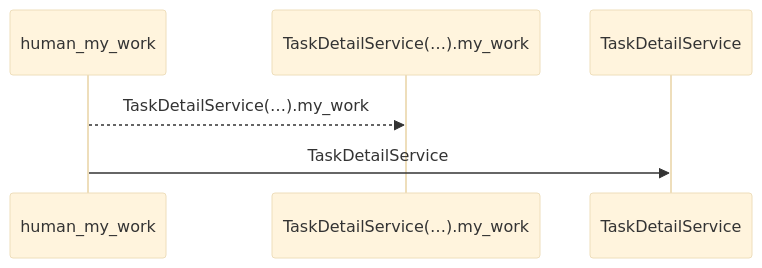
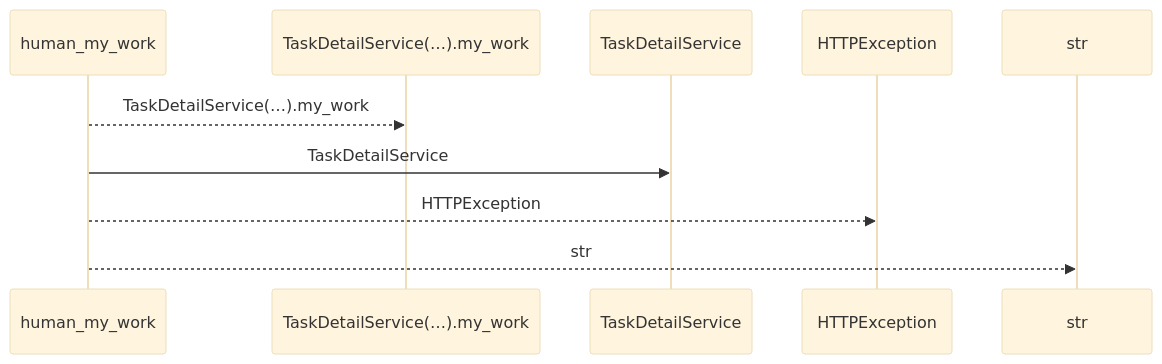
The first of 2 diagrams in docs/llm_wiki/flows/http-human_my_work.md (Denissvgn/WorkChord), drawn with Mermaid (base theme) before and after one commit. The commit also changed other lines of this file and 6624 other files, not shown here.

````diff
--- a/docs/llm_wiki/flows/http-human_my_work.md
+++ b/docs/llm_wiki/flows/http-human_my_work.md
@@ -10,8 +10,12 @@
 ```mermaid
 sequenceDiagram
     participant p0 as human_my_work
     participant p1 as TaskDetailService(…).my_work
     participant p2 as TaskDetailService
+    participant p3 as HTTPException
+    participant p4 as str
     p0-->>p1: TaskDetailService(…).my_work
     p0->>p2: TaskDetailService
+    p0-->>p3: HTTPException
+    p0-->>p4: str
 ```
````
